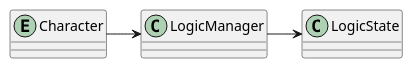
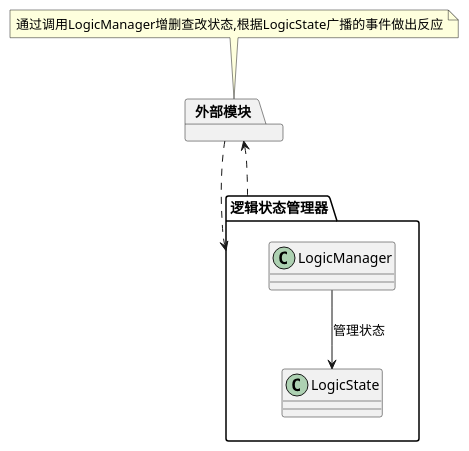
One commit to CGandGameEngineLearner/IronAngel changed the diagram in Assets/Scripts/Framework/StateManagement/LogicState.md. Above: the diagram before and after it, drawn with PlantUML. The commit also changed other lines of this file, not shown here.

````diff
--- a/Assets/Scripts/Framework/StateManagement/LogicState.md
+++ b/Assets/Scripts/Framework/StateManagement/LogicState.md
@@ -2,10 +3,18 @@
 ```plantuml
 @startuml
-entity Character
-class LogicManager
-class LogicState
+allowmixing
 
-Character -> LogicManager
-LogicManager -> LogicState
+
+package 外部模块
+package 逻辑状态管理器
+{
+    class LogicManager
+    class LogicState
+}
+
+note top of 外部模块:通过调用LogicManager增删查改状态,根据LogicState广播的事件做出反应
+外部模块 ..> 逻辑状态管理器
+外部模块 <.. 逻辑状态管理器
+LogicManager --> LogicState:管理状态
 @enduml
 ```
````
